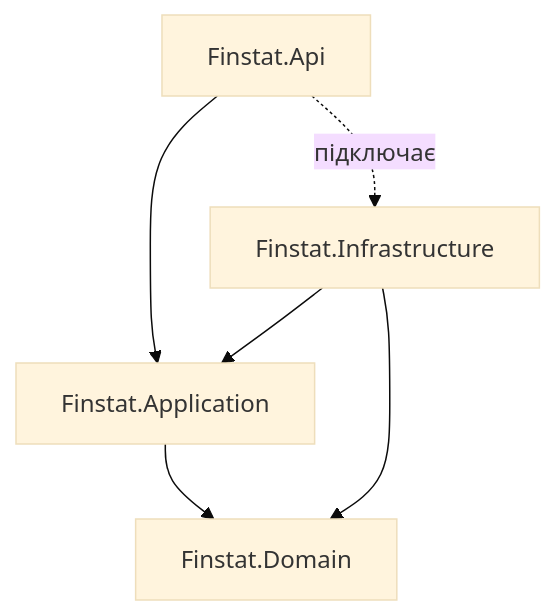
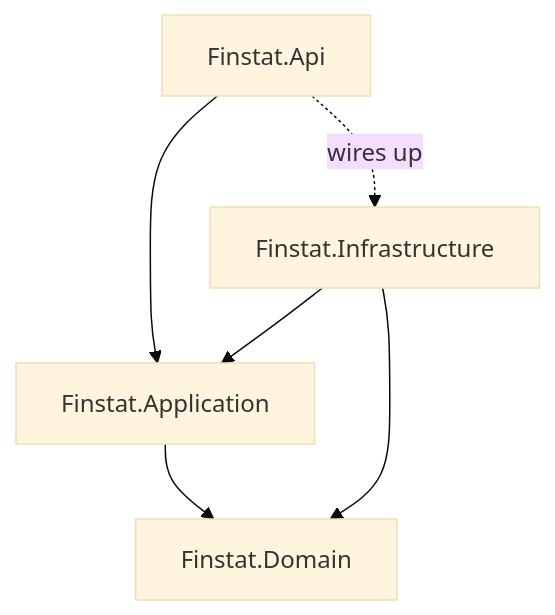
Before and after one commit to shpvk/finstat: the second of 2 diagrams in README.md, drawn with Mermaid (base theme). The commit also changed other lines of this file and 1 other file, not shown here.

````diff
--- a/README.md
+++ b/README.md
@@ -61,8 +61,8 @@
 ```mermaid
 flowchart TB
   Api[Finstat.Api] --> Application[Finstat.Application]
-  Api -. підключає .-> Infrastructure[Finstat.Infrastructure]
+  Api -. wires up .-> Infrastructure[Finstat.Infrastructure]
   Infrastructure --> Application
   Application --> Domain[Finstat.Domain]
   Infrastructure --> Domain
 ```
````
